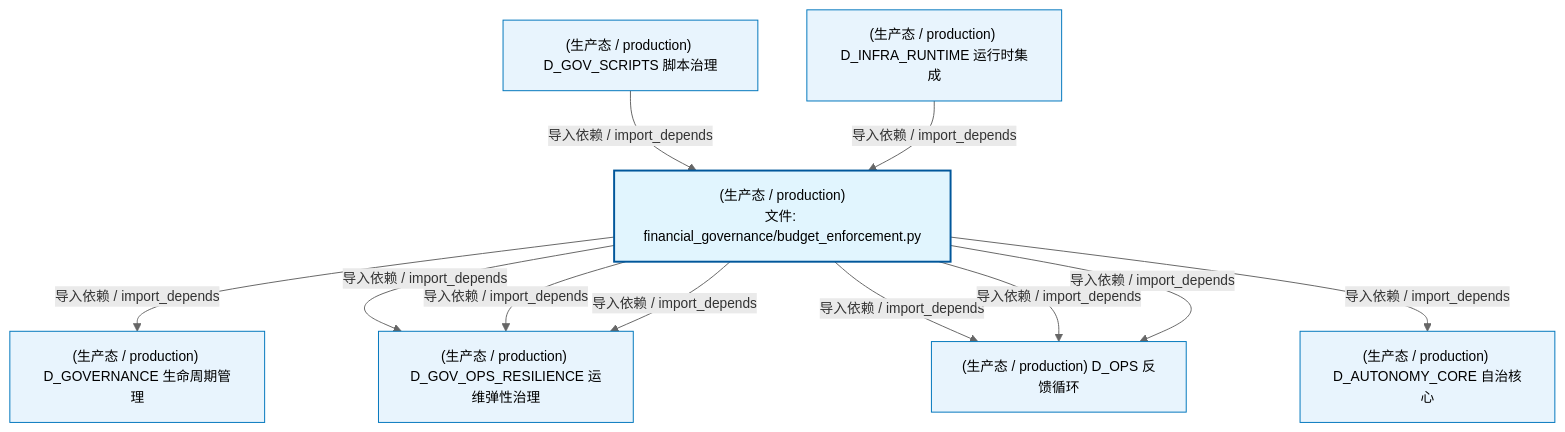
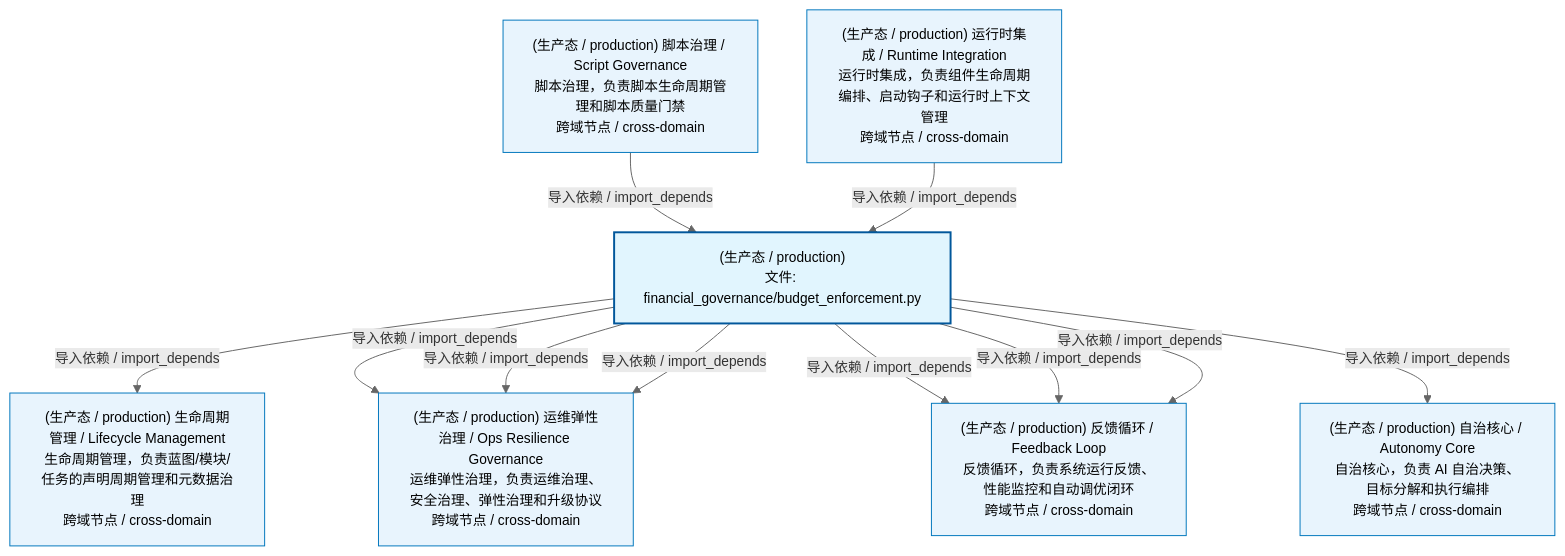
Before and after one commit to xuanFelixVan/ZephyrAlpha: the first of 2 diagrams in docs/02_enterprise_architecture/02_domain_architecture_docs/54_d_gov_repair.md, drawn with Mermaid. The commit also changed other lines of this file and 77 other files, not shown here.

````diff
--- a/docs/02_enterprise_architecture/02_domain_architecture_docs/54_d_gov_repair.md
+++ b/docs/02_enterprise_architecture/02_domain_architecture_docs/54_d_gov_repair.md
@@ -53,27 +53,27 @@
 ```mermaid
 %%{init: {'theme': 'base', 'themeVariables': {'primaryColor': '#eaeaea', 'primaryTextColor': '#333333', 'primaryBorderColor': '#666666', 'lineColor': '#666666', 'secondaryColor': '#eaeaea', 'tertiaryColor': '#eaeaea', 'fontSize': '14px'}}}%%
 flowchart TD
     src_zephyr_governance_financial_governance_budget_enforcement_py["(生产态 / production)<br/>文件: financial_governance/budget_enforcement.py"]
-    D_GOVERNANCE["(生产态 / production) D_GOVERNANCE 生命周期管理"]
+    D_GOVERNANCE["(生产态 / production) 生命周期管理 / Lifecycle Management<br/>生命周期管理，负责蓝图/模块/任务的声明周期管理和元数据治理<br/>跨域节点 / cross-domain"]
     src_zephyr_governance_financial_governance_budget_enforcement_py -->|导入依赖 / import_depends| D_GOVERNANCE
-    D_GOV_OPS_RESILIENCE["(生产态 / production) D_GOV_OPS_RESILIENCE 运维弹性治理"]
+    D_GOV_OPS_RESILIENCE["(生产态 / production) 运维弹性治理 / Ops Resilience Governance<br/>运维弹性治理，负责运维治理、安全治理、弹性治理和升级协议<br/>跨域节点 / cross-domain"]
     src_zephyr_governance_financial_governance_budget_enforcement_py -->|导入依赖 / import_depends| D_GOV_OPS_RESILIENCE
     src_zephyr_governance_financial_governance_budget_enforcement_py -->|导入依赖 / import_depends| D_GOV_OPS_RESILIENCE
-    D_OPS["(生产态 / production) D_OPS 反馈循环"]
+    D_OPS["(生产态 / production) 反馈循环 / Feedback Loop<br/>反馈循环，负责系统运行反馈、性能监控和自动调优闭环<br/>跨域节点 / cross-domain"]
     src_zephyr_governance_financial_governance_budget_enforcement_py -->|导入依赖 / import_depends| D_OPS
-    D_AUTONOMY_CORE["(生产态 / production) D_AUTONOMY_CORE 自治核心"]
+    D_AUTONOMY_CORE["(生产态 / production) 自治核心 / Autonomy Core<br/>自治核心，负责 AI 自治决策、目标分解和执行编排<br/>跨域节点 / cross-domain"]
     src_zephyr_governance_financial_governance_budget_enforcement_py -->|导入依赖 / import_depends| D_AUTONOMY_CORE
     src_zephyr_governance_financial_governance_budget_enforcement_py -->|导入依赖 / import_depends| D_OPS
     src_zephyr_governance_financial_governance_budget_enforcement_py -->|导入依赖 / import_depends| D_GOV_OPS_RESILIENCE
     src_zephyr_governance_financial_governance_budget_enforcement_py -->|导入依赖 / import_depends| D_OPS
-    D_GOV_SCRIPTS["(生产态 / production) D_GOV_SCRIPTS 脚本治理"]
+    D_GOV_SCRIPTS["(生产态 / production) 脚本治理 / Script Governance<br/>脚本治理，负责脚本生命周期管理和脚本质量门禁<br/>跨域节点 / cross-domain"]
     D_GOV_SCRIPTS -->|导入依赖 / import_depends| src_zephyr_governance_financial_governance_budget_enforcement_py
-    D_INFRA_RUNTIME["(生产态 / production) D_INFRA_RUNTIME 运行时集成"]
+    D_INFRA_RUNTIME["(生产态 / production) 运行时集成 / Runtime Integration<br/>运行时集成，负责组件生命周期编排、启动钩子和运行时上下文管理<br/>跨域节点 / cross-domain"]
     D_INFRA_RUNTIME -->|导入依赖 / import_depends| src_zephyr_governance_financial_governance_budget_enforcement_py
     classDef production fill:#e1f5fe,stroke:#01579b,stroke-width:2px,color:#000
     classDef design fill:#fff3e0,stroke:#e65100,stroke-width:2px,color:#000,stroke-dasharray: 5 5
     classDef external_prod fill:#e8f4fd,stroke:#0277bd,stroke-width:1px,color:#000
     classDef external_design fill:#fff8e7,stroke:#ef6c00,stroke-width:1px,color:#000,stroke-dasharray: 5 5
     class src_zephyr_governance_financial_governance_budget_enforcement_py production
     class D_GOVERNANCE,D_GOV_OPS_RESILIENCE,D_OPS,D_AUTONOMY_CORE,D_GOV_SCRIPTS,D_INFRA_RUNTIME external_prod
 ```
````
